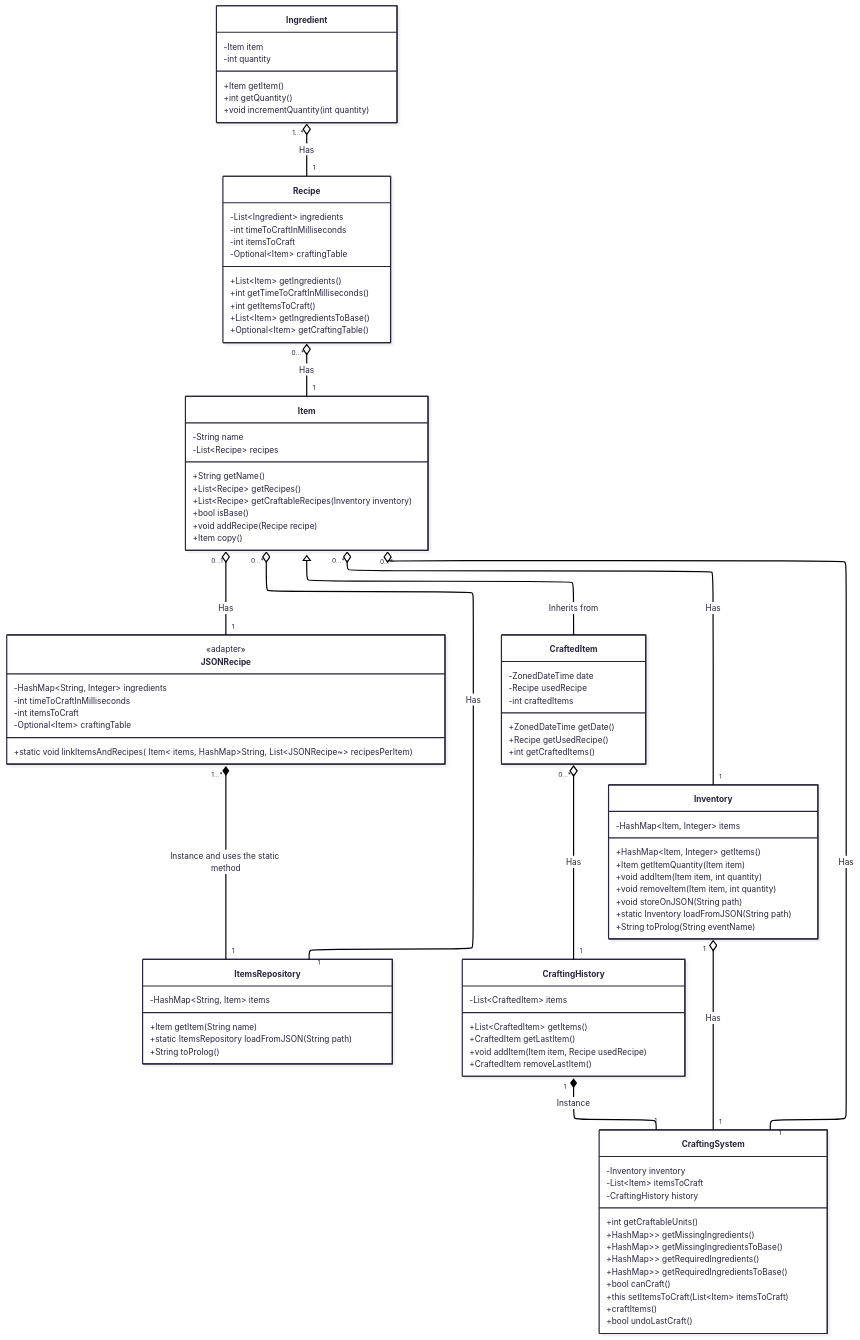
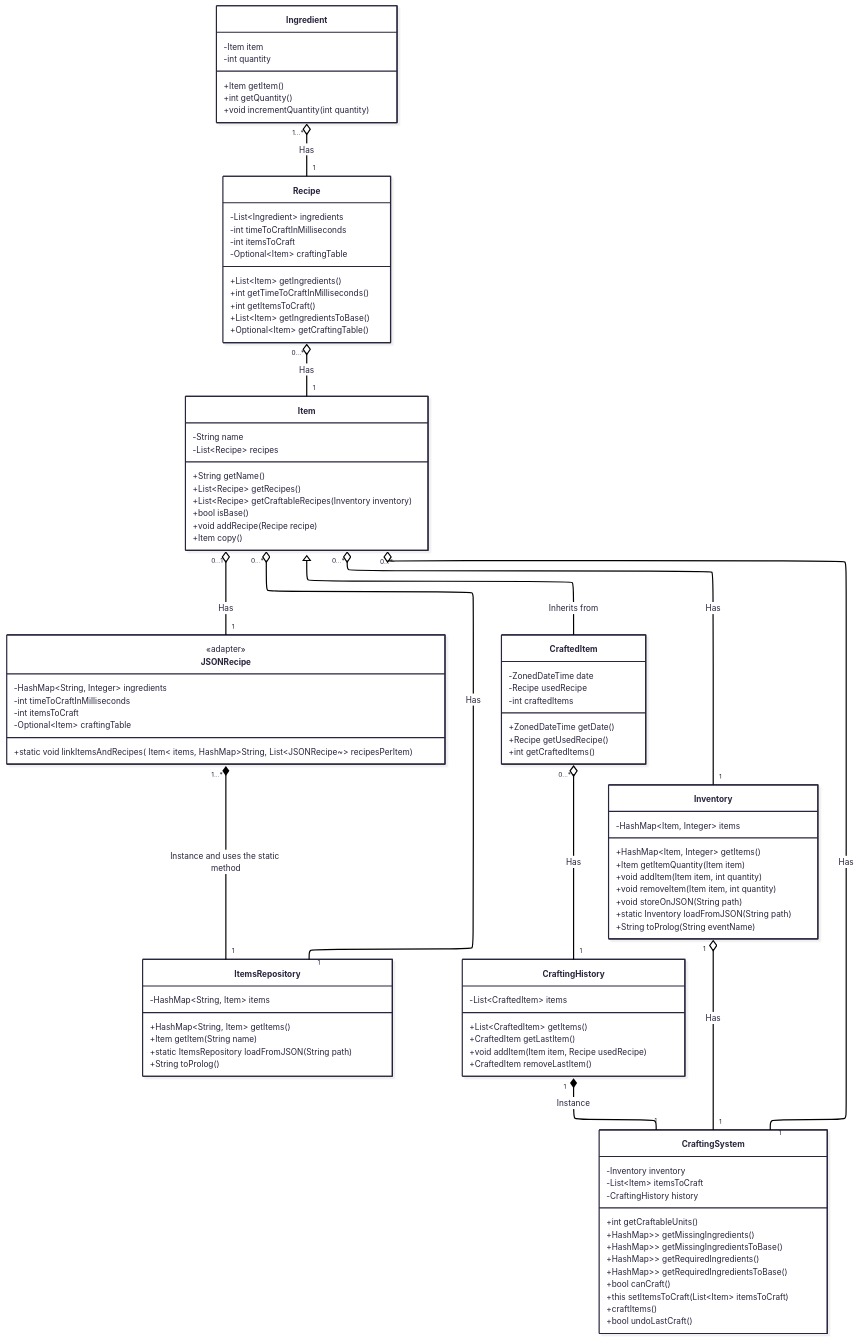
Before and after one commit to hozlucas28/Java-Practical-Work-2025: the first of 2 diagrams in README.md, drawn with Mermaid. The commit also changed 1 other file, not shown here.

Commit message:
feature(ItemsRepository): create `getItems` method

```diff
--- a/README.md
+++ b/README.md
@@ -107,6 +107,7 @@
     class ItemsRepository {
 	    -HashMap~String, Item~ items
 
+	    +HashMap~String, Item~ getItems()
 	    +Item getItem(String name)
         +static ItemsRepository loadFromJSON(String path)
         +String toProlog()
```
